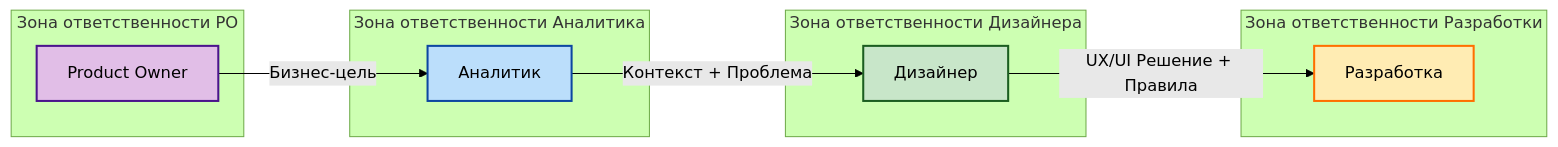
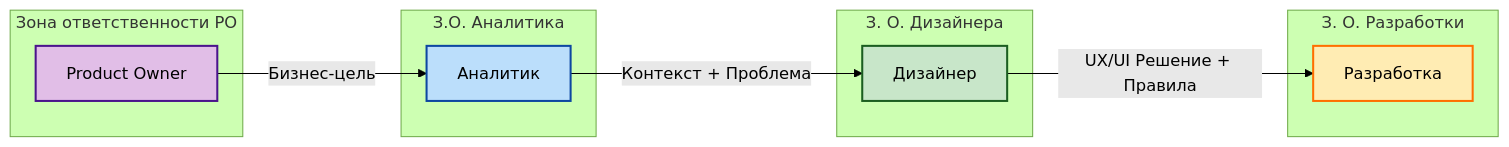
One commit to codenol/gist changed the first of 4 diagrams in docs/analytics/05-процесс-работы-команды.md. Above: the diagram before and after it, drawn with Mermaid (forest theme). The commit also changed other lines of this file, not shown here.

````diff
--- a/docs/analytics/05-процесс-работы-команды.md
+++ b/docs/analytics/05-процесс-работы-команды.md
@@ -19,27 +19,27 @@
 ```mermaid
 graph LR
     PO[Product Owner] -->|Бизнес-цель| AN[Аналитик]
     AN -->|Контекст + Проблема| DES[Дизайнер]
     DES -->|UX/UI Решение + Правила| DEV[Разработка]
     
     subgraph "Зона ответственности PO"
     PO
     end
     
-    subgraph "Зона ответственности Аналитика"
+    subgraph "З.О. Аналитика"
     AN
     end
     
-    subgraph "Зона ответственности Дизайнера"
+    subgraph "З. О. Дизайнера"
     DES
     end
     
-    subgraph "Зона ответственности Разработки"
+    subgraph "З. О. Разработки"
     DEV
     end
     
     style PO fill:#E1BEE7,stroke:#4A148C,stroke-width:2px,color:#000000
     style AN fill:#BBDEFB,stroke:#0D47A1,stroke-width:2px,color:#000000
     style DES fill:#C8E6C9,stroke:#1B5E20,stroke-width:2px,color:#000000
     style DEV fill:#FFECB3,stroke:#FF6F00,stroke-width:2px,color:#000000
 ```
````
